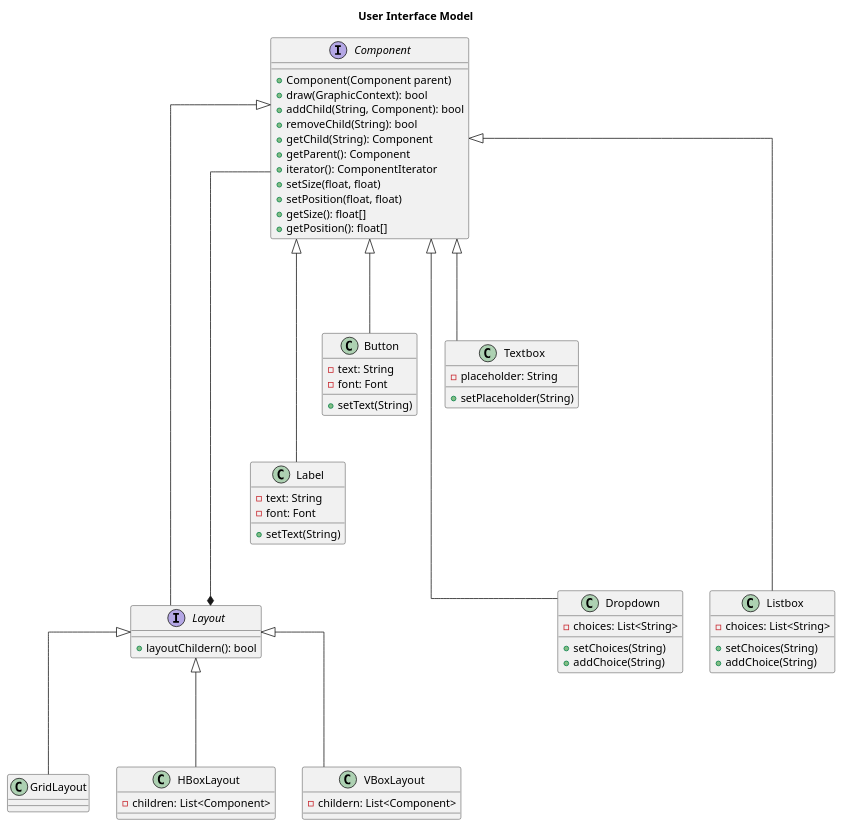
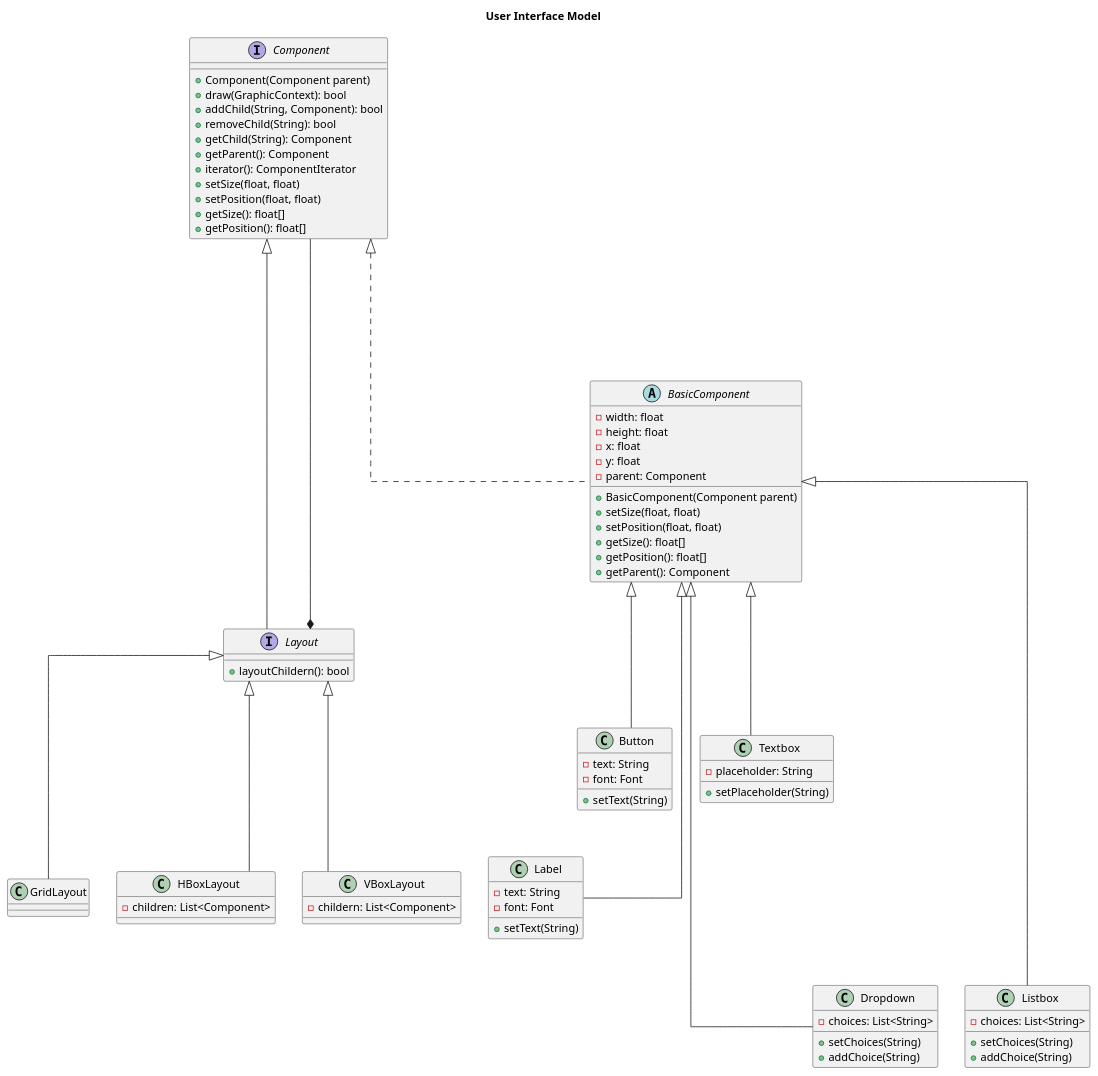
Before and after one commit to CoderEx24/project-csc427: the diagram in docs/component.pu, drawn with PlantUML.

Commit message:
docs: add an BasicComponent abstract class to encapsulate common code

```diff
--- a/docs/component.pu
+++ b/docs/component.pu
@@ -1,79 +1,95 @@
 @startuml
 skinparam linetype ortho
 title User Interface Model 
 
 interface Component {
   +Component(Component parent)
   +draw(GraphicContext): bool
   +addChild(String, Component): bool
   +removeChild(String): bool
   +getChild(String): Component
   +getParent(): Component
   +iterator(): ComponentIterator
   +setSize(float, float)
   +setPosition(float, float)
   +getSize(): float[]
   +getPosition(): float[]
 }
 
 interface Layout {
   +layoutChildern(): bool
+}
+
+abstract class BasicComponent {
+  -width: float
+  -height: float
+  -x: float
+  -y: float
+  -parent: Component
+  +BasicComponent(Component parent)
+  +setSize(float, float)
+  +setPosition(float, float)
+  +getSize(): float[]
+  +getPosition(): float[]
+  +getParent(): Component
 }
 
 class Label {
   -text: String
   -font: Font
   +setText(String)
 }
 
 class Button {
   -text: String
   -font: Font
   +setText(String)
 }
 
 class Textbox {
   -placeholder: String
   +setPlaceholder(String)
 }
 
 class Dropdown {
   -choices: List<String>
   +setChoices(String)
   +addChoice(String)
 }
 
 class Listbox {
   -choices: List<String>
   +setChoices(String)
   +addChoice(String)
 }
 
 class GridLayout {
 
 }
 
 class HBoxLayout {
   -children: List<Component>
 
 }
 
 class VBoxLayout {
   -childern: List<Component>
 
 }
 
-Component <|---- Label
-Component <|--- Button
-Component <|--- Textbox
-Component <|----- Dropdown
-Component <|----- Listbox
+Component <|.... BasicComponent
+
+BasicComponent <|---- Label
+BasicComponent <|--- Button
+BasicComponent <|--- Textbox
+BasicComponent <|----- Dropdown
+BasicComponent <|----- Listbox
 
 Component <|----- Layout
 Layout *---- Component
 
 Layout <|--- GridLayout
 Layout <|--- HBoxLayout
 Layout <|--- VBoxLayout
 
 @enduml
```
